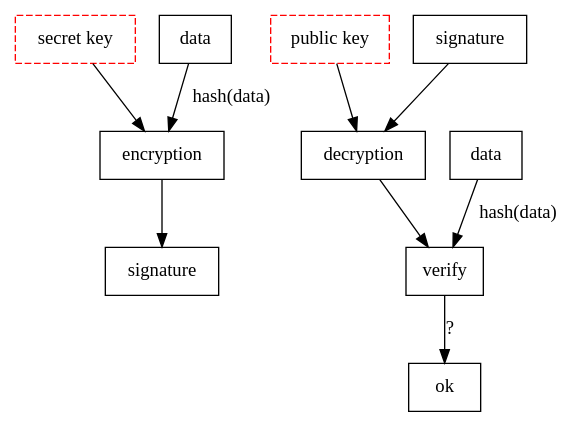
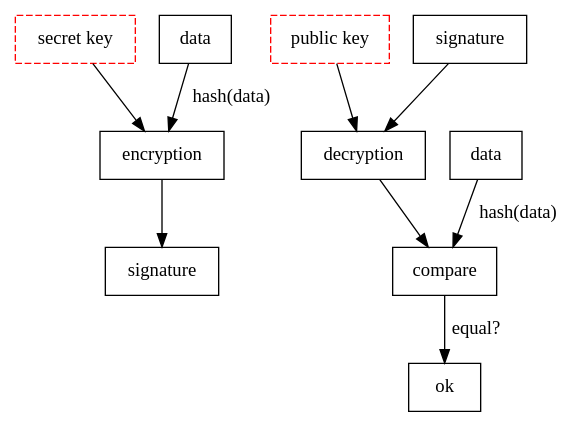
The diagram in graphs/digital-signatures.gv (sbagency/scouting_web3_technologies), drawn with Graphviz before and after one commit. The commit also changed 16 other files, not shown here.

```diff
--- a/graphs/digital-signatures.gv
+++ b/graphs/digital-signatures.gv
@@ -1,28 +1,28 @@
 digraph digitalsignatures {
 
 //rankdir=LR;
 node [shape=box]
 
 "sk" [label="secret key", style=dashed,color=red];
 "pk" [label="public key", style=dashed,color=red];
 "sig1" [label="signature"]
 "sig2" [label="signature"]
 
 "d1" [label="data"]
 "d2" [label="data"]
 
 "d1" -> "encryption" [label="hash(data)"]
 "sk" -> "encryption"
 
 "encryption" -> "sig1"
 
 
 "sig2" -> "decryption"
 "pk" -> "decryption"
 
-"decryption" -> "verify"
-"d2" -> "verify" [label="hash(data)"]
+"decryption" -> "compare"
+"d2" -> "compare" [label="hash(data)"]
 
-"verify" -> "ok" [label="?"]
+"compare" -> "ok" [label="equal?"]
 
 }
```
